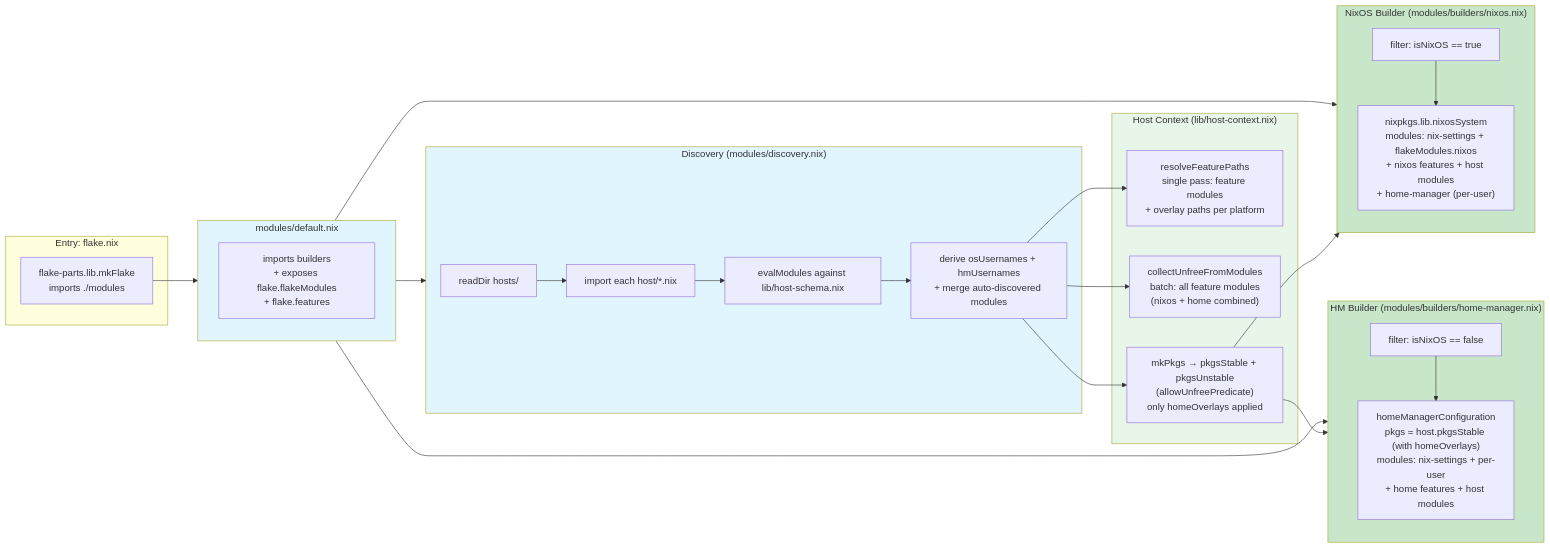
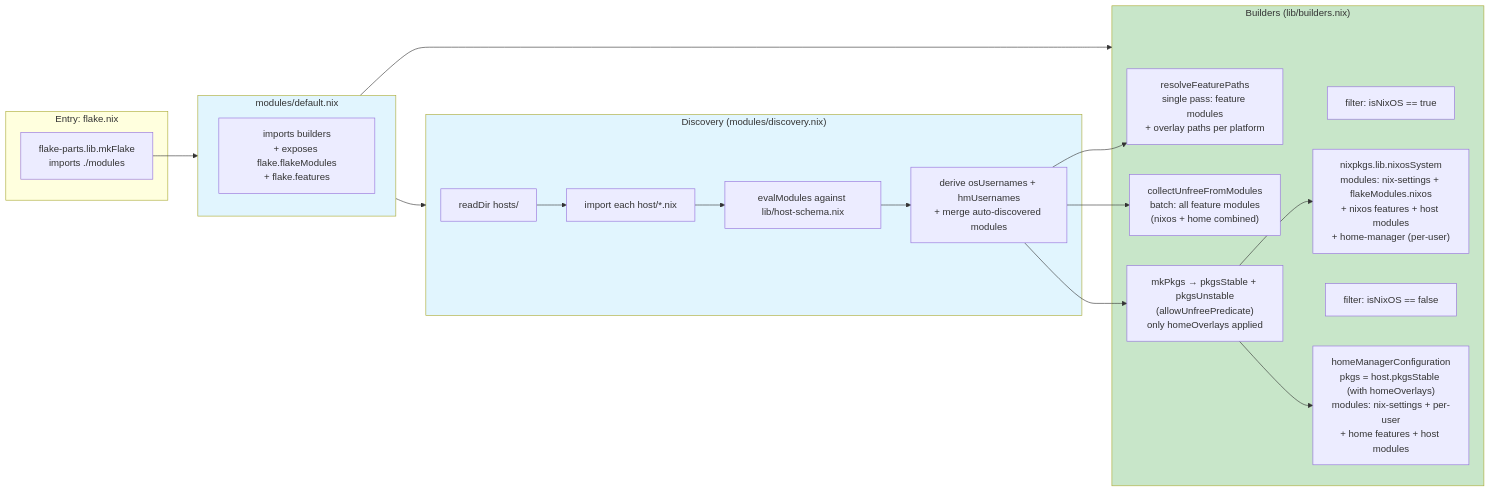
Before and after one commit to WombatFromHell/automatic-palm-tree: the second of 8 diagrams in DESIGN.md, drawn with Mermaid. The commit also changed other lines of this file and 12 other files, not shown here.

Commit message:
Significant streamlining of our lib/modules DSL support code

````diff
--- a/DESIGN.md
+++ b/DESIGN.md
@@ -122,57 +105,45 @@
 ```mermaid
 flowchart LR
     subgraph E ["Entry: flake.nix"]
         fp["flake-parts.lib.mkFlake\nimports ./modules"]
     end
 
     subgraph M ["modules/default.nix"]
         mm["imports builders\n+ exposes flake.flakeModules\n+ flake.features"]
     end
 
     subgraph D ["Discovery (modules/discovery.nix)"]
         scan["readDir hosts/"]
         importHost["import each host/*.nix"]
         validate["evalModules against lib/host-schema.nix"]
         enrich["derive osUsernames + hmUsernames\n+ merge auto-discovered modules"]
     end
 
-    subgraph HC ["Host Context (lib/host-context.nix)"]
+    subgraph B ["Builders (lib/builders.nix)"]
         resolveFeat["resolveFeaturePaths\nsingle pass: feature modules\n+ overlay paths per platform"]
         collectU["collectUnfreeFromModules\nbatch: all feature modules\n(nixos + home combined)"]
         mkPkgsSet["mkPkgs → pkgsStable + pkgsUnstable\n(allowUnfreePredicate)\nonly homeOverlays applied"]
-    end
-
-    subgraph N ["NixOS Builder (modules/builders/nixos.nix)"]
         filterN["filter: isNixOS == true"]
         nixosSys["nixpkgs.lib.nixosSystem\nmodules: nix-settings + flakeModules.nixos\n+ nixos features + host modules\n+ home-manager (per-user)"]
-    end
-
-    subgraph H ["HM Builder (modules/builders/home-manager.nix)"]
         filterH["filter: isNixOS == false"]
         hmConfig["homeManagerConfiguration\npkgs = host.pkgsStable (with homeOverlays)\nmodules: nix-settings + per-user\n+ home features + host modules"]
     end
 
     fp --> M
 
     M --> D
-    M --> N
-    M --> H
+    M --> B
 
     scan --> importHost --> validate --> enrich
 
     enrich --> resolveFeat
     enrich --> collectU
     enrich --> mkPkgsSet
 
-    mkPkgsSet --> N
-    mkPkgsSet --> H
-
-    filterN --> nixosSys
-    filterH --> hmConfig
+    mkPkgsSet --> nixosSys
+    mkPkgsSet --> hmConfig
 
     style M fill:#e1f5fe
     style D fill:#e1f5fe
-    style HC fill:#e8f5e9
-    style N fill:#c8e6c9
-    style H fill:#c8e6c9
+    style B fill:#c8e6c9
 ```
````
